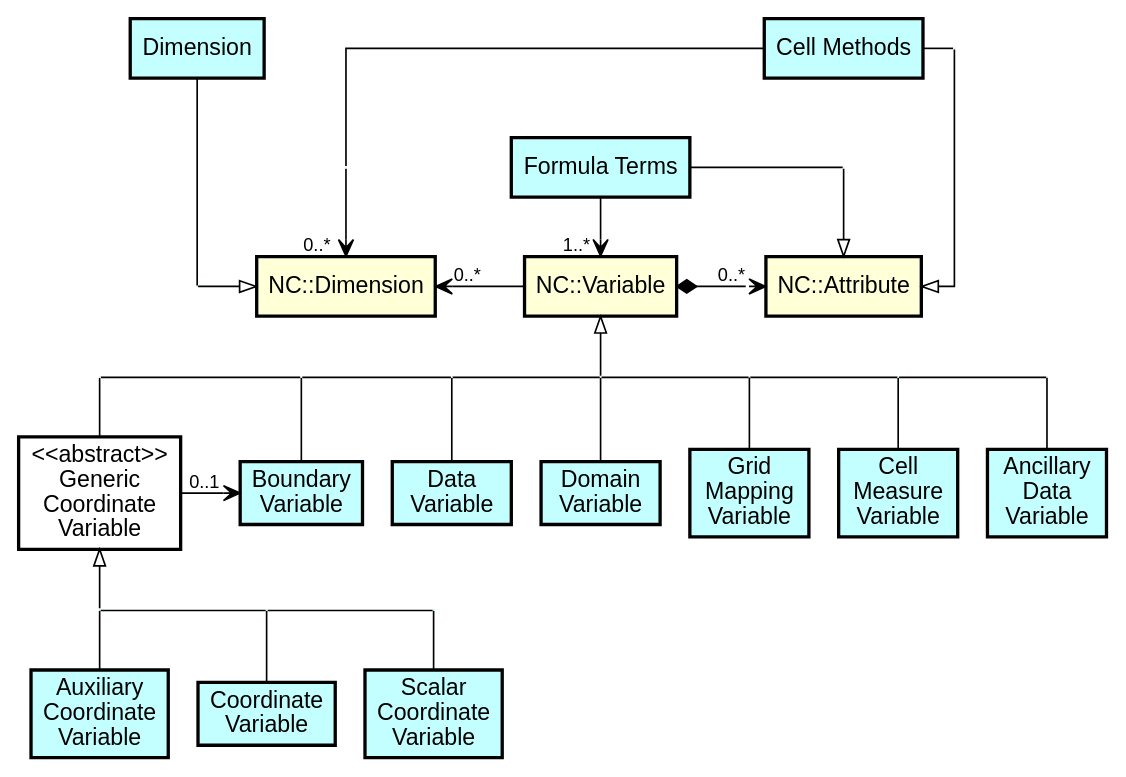
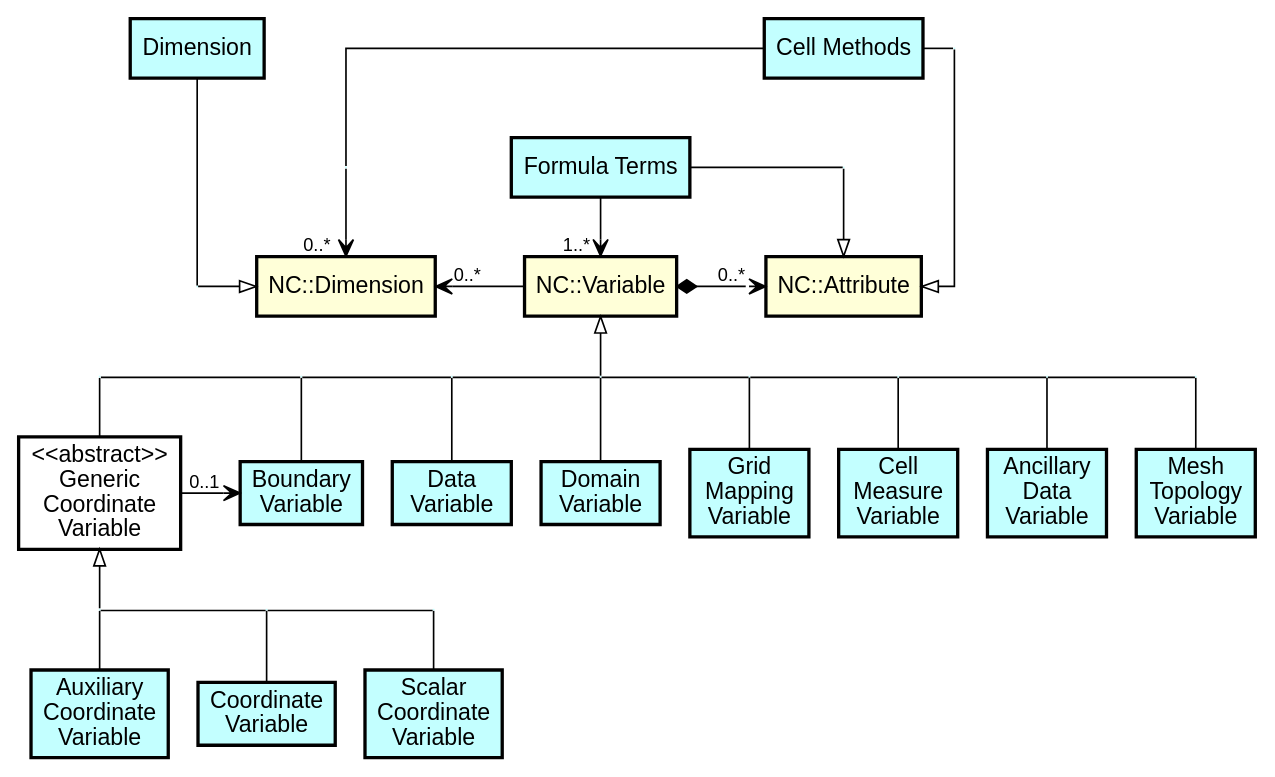
The diagram in images/cfdm_cf_concepts.gv (cf-convention/cf-conventions), drawn with Graphviz before and after one commit. The commit also changed 1 other file, not shown here.

Commit message:
Mesh Topology Variable

```diff
--- a/images/cfdm_cf_concepts.gv
+++ b/images/cfdm_cf_concepts.gv
@@ -1,141 +1,145 @@
 # ====================================================================
 # Source code for cfdm_cf_concepts.svg
 #
 # cfdm_cf_concepts.svg created with:
 #
-# $ dot -T svg cfdm_cf_concepts.gv cfdm_cf_concepts.svg
+# $ dot -T svg cfdm_cf_concepts.gv -o cfdm_cf_concepts.svg
 # ====================================================================
 
 digraph {splines=ortho nodesep="+0.25"
 
 # --------------------------------------------------------------------
 # NetCDF variables
 # --------------------------------------------------------------------
 node [
      style="filled,bold"
      shape=rectangle
      fillcolor="#FFFFD8"
      width=1.0
      height=0.5
      fontname="Arial"
      ]
 
 NetCDFDimension [label="NC::Dimension"]
 NetCDFVariable [label="NC::Variable"]
 NetCDFAttribute [label="NC::Attribute"]
 
 # --------------------------------------------------------------------
 # CF-netCDF elements
 # --------------------------------------------------------------------
 node [
      style="filled,bold"
      shape=rectangle
      fillcolor="#C3FFFF"
      width=1.0
      height=0.5
      fontname="Arial"
      ]
 
 GenericCoordinate [label="<<abstract>>\nGeneric\nCoordinate\nVariable"
 		   fillcolor=white]
 
 Dimension [label="Dimension"]
 CellMethods [label="Cell Methods"]
 FormulaTerms [label="Formula Terms"]
 AuxiliaryCoordinate [label="Auxiliary\nCoordinate\nVariable"]
 Coordinate [label="Coordinate\nVariable"]
 ScalarCoordinate [label="Scalar\nCoordinate\nVariable"]
 Data [label="Data\nVariable"]
 Domain [label="Domain\nVariable"]
 CellMeasure [label="Cell\nMeasure\nVariable"]
 AncillaryData [label="Ancillary\nData\nVariable"]
 BoundaryVariable [label="Boundary\nVariable"]
 GridMapping [label="Grid\nMapping\nVariable"]
+MeshTopology [label="Mesh\nTopology\nVariable"]
 
 # --------------------------------------------------------------------
 # Invisible nodes used to aid in layout
 # --------------------------------------------------------------------
 node [
      width=0
      height=0
      size=fixed
      shape=none
      label=""
      ]
 route1
 route2
 route3
 route4
 route5
 route6
 route7
 route8
 route9
 route10
 route11
 route12
 route13
 route14
+route15
 
 edge [arrowtail=none
       arrowhead=none
       dir=both
       arrowsize=1.0
       fontname="Arial"
       labelfontsize=11.0
       ]
 
 Dimension -> route3 []
 route3 -> NetCDFDimension [arrowhead=empty minlen=2]
 CellMethods -> route1 []
 route1 -> NetCDFDimension [arrowhead=vee headlabel="0..*   " weight=100]
 CellMethods -> route2 []
 route2 -> NetCDFAttribute [arrowhead=empty]
 
 {rank=same; Dimension, route2, CellMethods}
 
 NetCDFDimension -> NetCDFVariable [arrowtail=vee minlen=3 taillabel="    0..*"]
 NetCDFVariable -> NetCDFAttribute [arrowtail=vee arrowhead=diamond minlen=3 taillabel="0..*    "]
 {rank=same; route3, NetCDFDimension, NetCDFVariable, NetCDFAttribute}
 
 FormulaTerms -> NetCDFVariable [arrowhead=vee weight=100 headlabel="1..*  "]
 FormulaTerms -> route11 []
 route11 -> NetCDFAttribute [arrowhead=empty weight=100]	    
 {rank=same; route1, route11, FormulaTerms}
 
 NetCDFVariable -> route7 [arrowtail=empty weight=100]
 route7 -> Domain [weight=100]
 GenericCoordinate -> route4 [weight=100]
 route4 -> route5 []
 route5 -> BoundaryVariable [weight=100]
 route5 -> route6 []
 route6 -> Data []
 route6 -> route7 []
 route7 -> route8 []       
 GridMapping -> route8 [weight=100]
 route8 -> route9 []
 route9 -> CellMeasure [weight=100]
 route9 -> route10 []
 route10 -> AncillaryData [weight=100]
+route10 -> route15 []
+route15 -> MeshTopology [weight=100]
 
-{rank=same; route4, route5, route6, route7, route8, route9, route10}
+{rank=same; route4, route5, route6, route7, route8, route9, route10, route15}
 {rank=same; GenericCoordinate, BoundaryVariable, Data, Domain, CellMeasure, AncillaryData GridMapping}
 
 GenericCoordinate -> BoundaryVariable [arrowhead=vee arrowtail=none minlen=2 headlabel="0..1    "]
 
 GenericCoordinate -> route12 [arrowtail=empty weight=100]
 route12 -> AuxiliaryCoordinate [weight=100]
 route12 -> route13 []
 route13 -> Coordinate []
 route13 -> route14 []
 route14 -> ScalarCoordinate [weight=100]
 
 {rank=same; route12, route13, route14}
 {rank=same; AuxiliaryCoordinate, Coordinate, ScalarCoordinate}
 
 # --------------------------------------------------------------------
 # Invisible edges used to aid in layout
 # --------------------------------------------------------------------
 CellMethods -> route11 [style=invis weight=100]
 
 }
```
